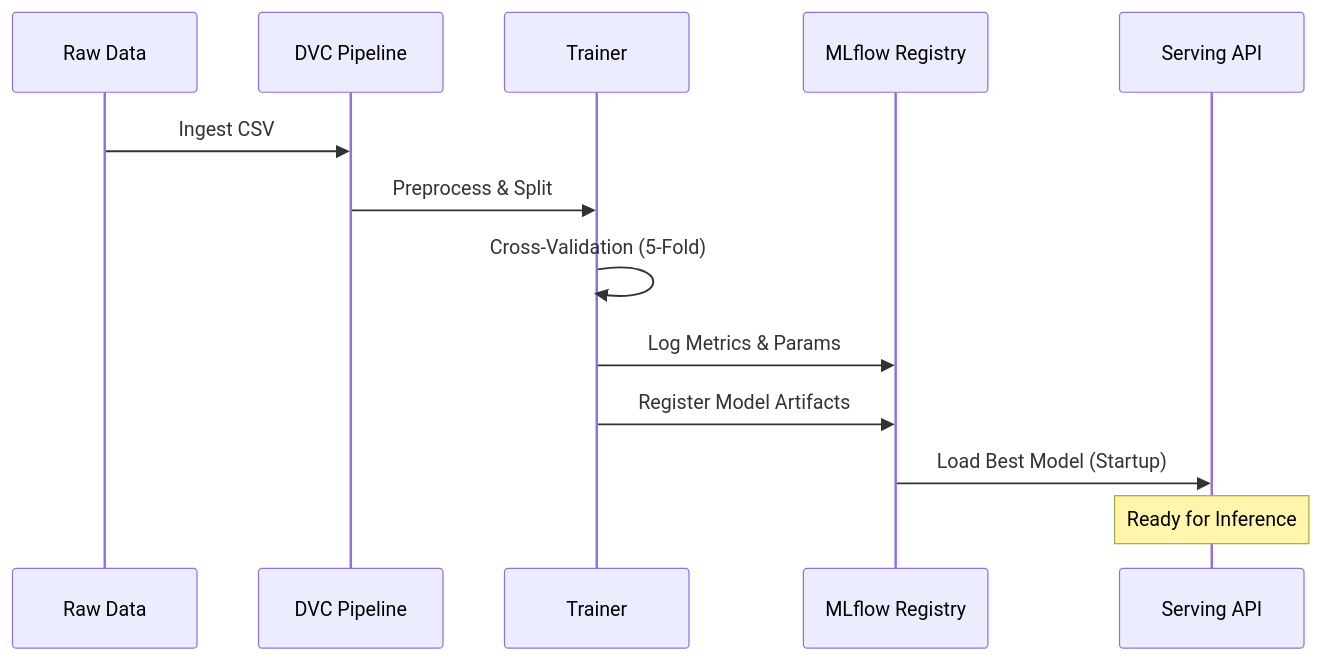
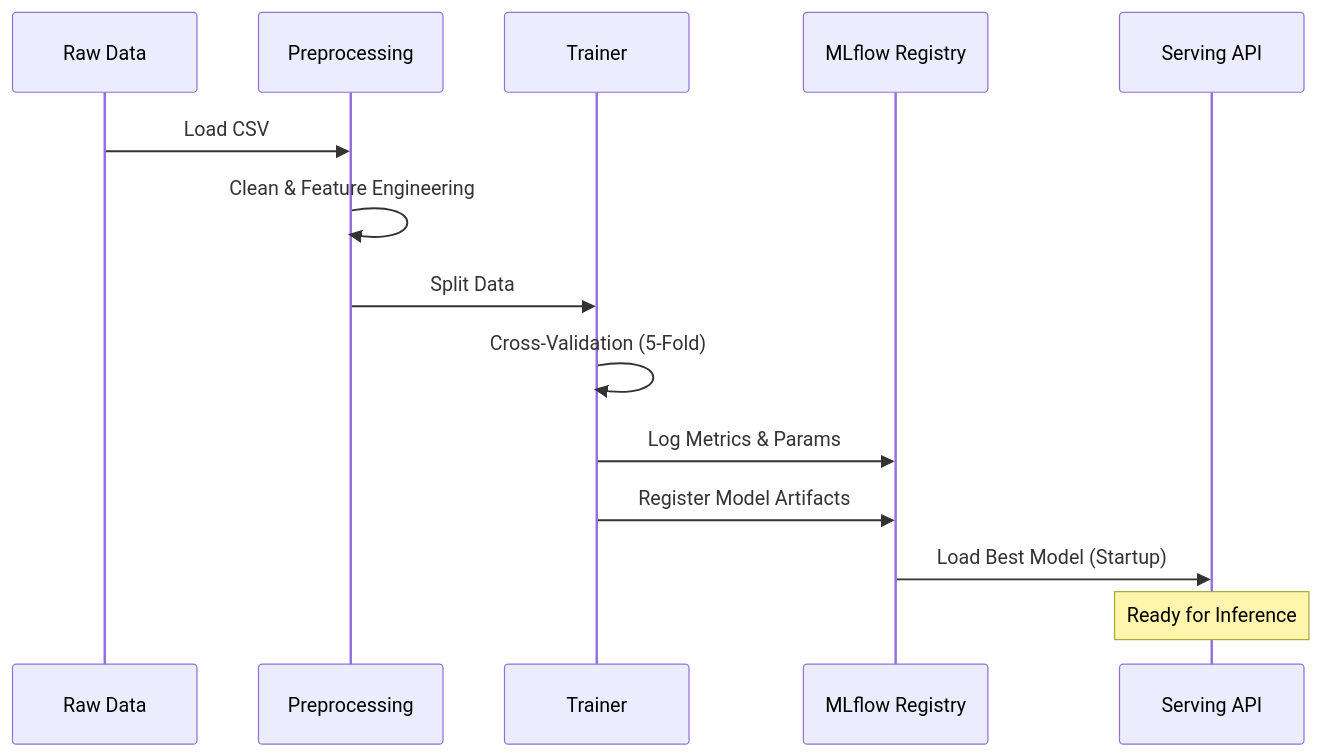
One commit to DuqueOM/ML-MLOps-Portfolio changed the second of 2 diagrams in BankChurn-Predictor/ARCHITECTURE.md. Above: the diagram before and after it, drawn with Mermaid. The commit also changed other lines of this file, not shown here.

Commit message:
update links

````diff
--- a/BankChurn-Predictor/ARCHITECTURE.md
+++ b/BankChurn-Predictor/ARCHITECTURE.md
@@ -78,16 +78,17 @@
 ```mermaid
 sequenceDiagram
     participant Raw as Raw Data
-    participant DVC as DVC Pipeline
+    participant Preprocess as Preprocessing
     participant Train as Trainer
     participant MLflow as MLflow Registry
     participant API as Serving API
 
-    Raw->>DVC: Ingest CSV
-    DVC->>Train: Preprocess & Split
+    Raw->>Preprocess: Load CSV
+    Preprocess->>Preprocess: Clean & Feature Engineering
+    Preprocess->>Train: Split Data
     Train->>Train: Cross-Validation (5-Fold)
     Train->>MLflow: Log Metrics & Params
     Train->>MLflow: Register Model Artifacts
     MLflow->>API: Load Best Model (Startup)
     Note over API: Ready for Inference
 ```
````
